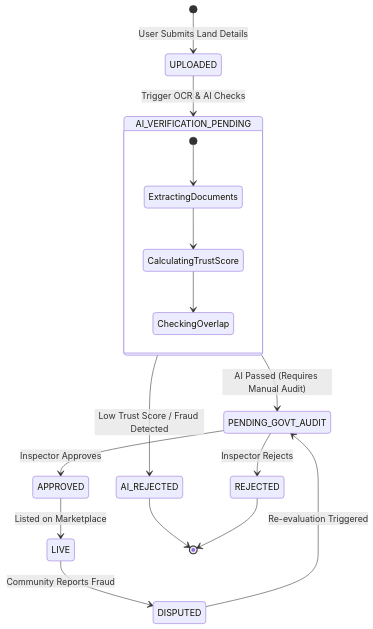
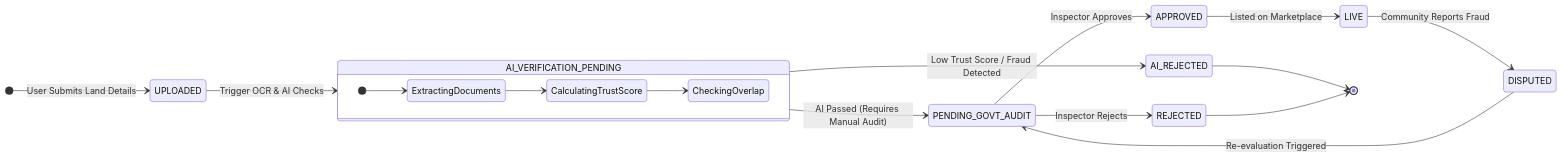
One commit to pirates27/frontend changed the third of 3 diagrams in README.md. Above: the diagram before and after it, drawn with Mermaid. The commit also changed other lines of this file, not shown here.

````diff
--- a/README.md
+++ b/README.md
@@ -148,26 +154,28 @@
 ```mermaid
 stateDiagram-v2
+    direction LR
     [*] --> UPLOADED : User Submits Land Details
     
     UPLOADED --> AI_VERIFICATION_PENDING : Trigger OCR & AI Checks
     
     state AI_VERIFICATION_PENDING {
+        direction LR
         [*] --> ExtractingDocuments
         ExtractingDocuments --> CalculatingTrustScore
         CalculatingTrustScore --> CheckingOverlap
     }
     
     AI_VERIFICATION_PENDING --> AI_REJECTED : Low Trust Score / Fraud Detected
     AI_VERIFICATION_PENDING --> PENDING_GOVT_AUDIT : AI Passed (Requires Manual Audit)
     
     PENDING_GOVT_AUDIT --> APPROVED : Inspector Approves
     PENDING_GOVT_AUDIT --> REJECTED : Inspector Rejects
     
     APPROVED --> LIVE : Listed on Marketplace
     LIVE --> DISPUTED : Community Reports Fraud
     
     DISPUTED --> PENDING_GOVT_AUDIT : Re-evaluation Triggered
     
     AI_REJECTED --> [*]
     REJECTED --> [*]
 ```
````
